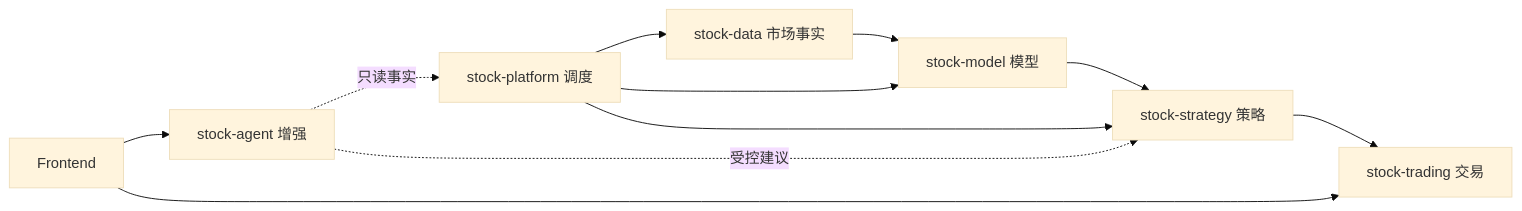
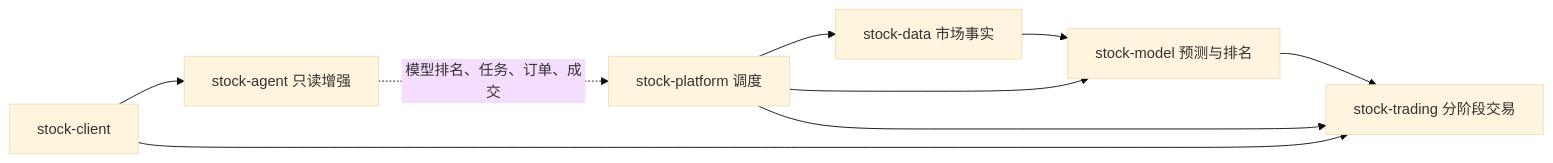
One commit to mwangli/stock-trading changed the diagram in documents/system/工程文档工作台.md. Above: the diagram before and after it, drawn with Mermaid (base theme). The commit also changed other lines of this file and 213 other files, not shown here.

````diff
--- a/documents/system/工程文档工作台.md
+++ b/documents/system/工程文档工作台.md
@@ -22,13 +22,11 @@
 ```mermaid
 flowchart LR
-    Data[stock-data 市场事实] --> Model[stock-model 模型]
-    Model --> Strategy[stock-strategy 策略]
-    Strategy --> Trading[stock-trading 交易]
+    Data[stock-data 市场事实] --> Model[stock-model 预测与排名]
+    Model --> Trading[stock-trading 分阶段交易]
     Platform[stock-platform 调度] --> Data
     Platform --> Model
-    Platform --> Strategy
-    Agent[stock-agent 增强] -. 只读事实 .-> Platform
-    Agent -. 受控建议 .-> Strategy
-    Frontend[Frontend] --> Agent
+    Platform --> Trading
+    Agent[stock-agent 只读增强] -. 模型排名、任务、订单、成交 .-> Platform
+    Frontend[stock-client] --> Agent
     Frontend --> Trading
 ```
````
